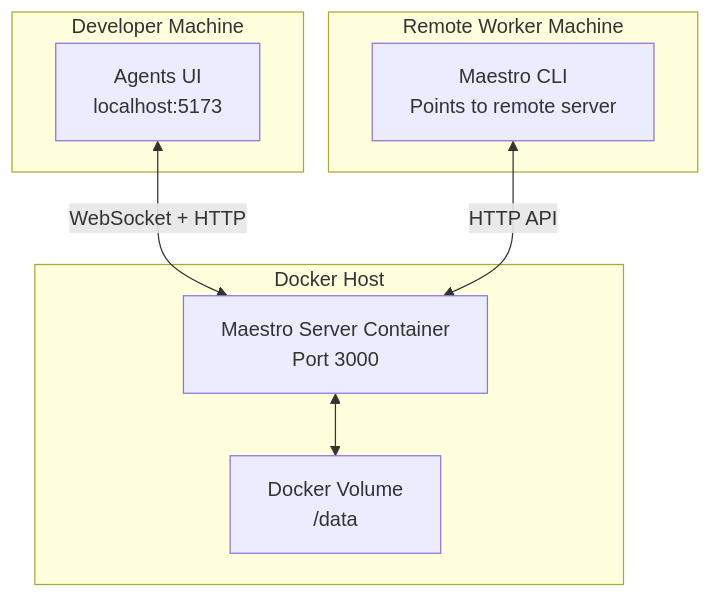
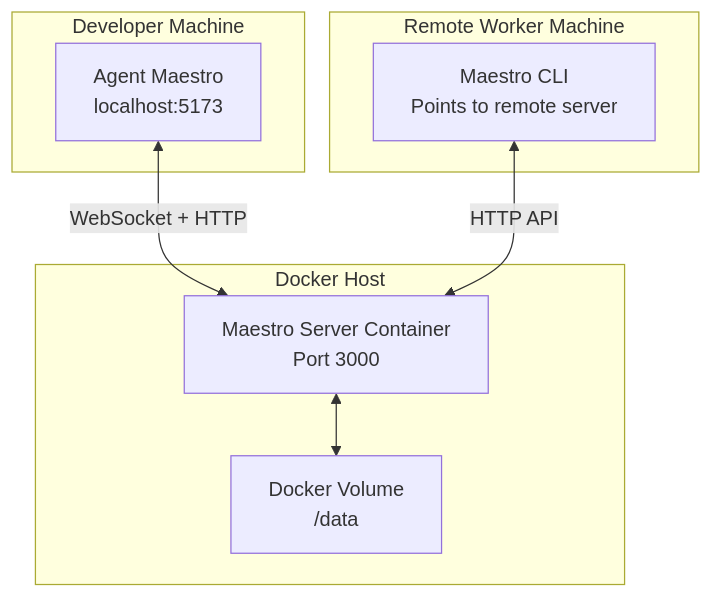
Before and after one commit to raghavared/agent-maestro: diagram 13 of 20 in maestro-server/docs/07-ARCHITECTURE-DIAGRAMS.md, drawn with Mermaid. The commit also changed other lines of this file and 89 other files, not shown here.

````diff
--- a/maestro-server/docs/07-ARCHITECTURE-DIAGRAMS.md
+++ b/maestro-server/docs/07-ARCHITECTURE-DIAGRAMS.md
@@ -428,19 +428,19 @@
 ```mermaid
 flowchart TB
     subgraph DevMachine[Developer Machine]
-        UI[Agents UI<br/>localhost:5173]
+        UI[Agent Maestro<br/>localhost:5173]
     end
 
     subgraph DockerHost[Docker Host]
         Container[Maestro Server Container<br/>Port 3000]
         Volume[Docker Volume<br/>/data]
     end
 
     subgraph RemoteMachine[Remote Worker Machine]
         CLI[Maestro CLI<br/>Points to remote server]
     end
 
     UI <-->|WebSocket + HTTP| Container
     CLI <-->|HTTP API| Container
     Container <--> Volume
 ```
````
